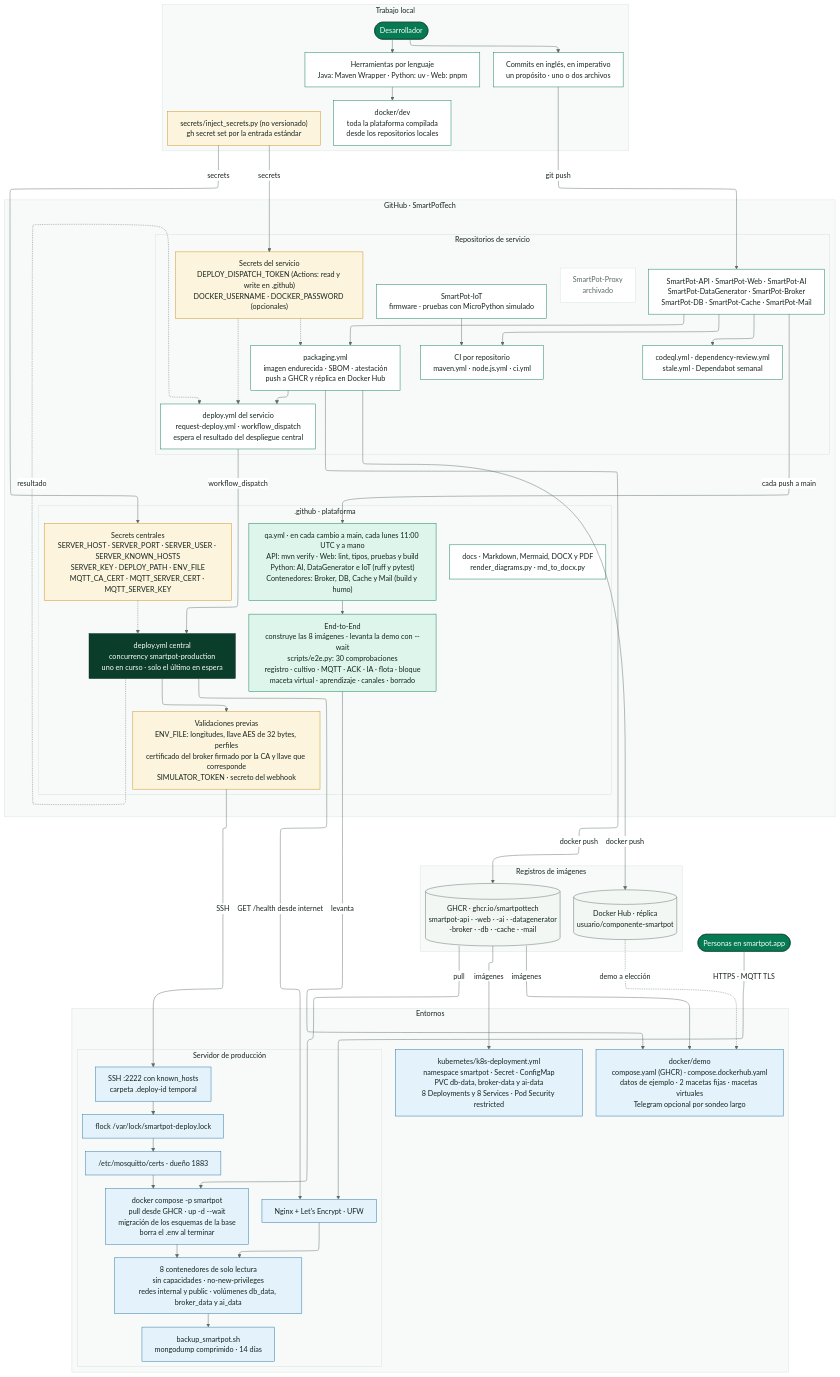
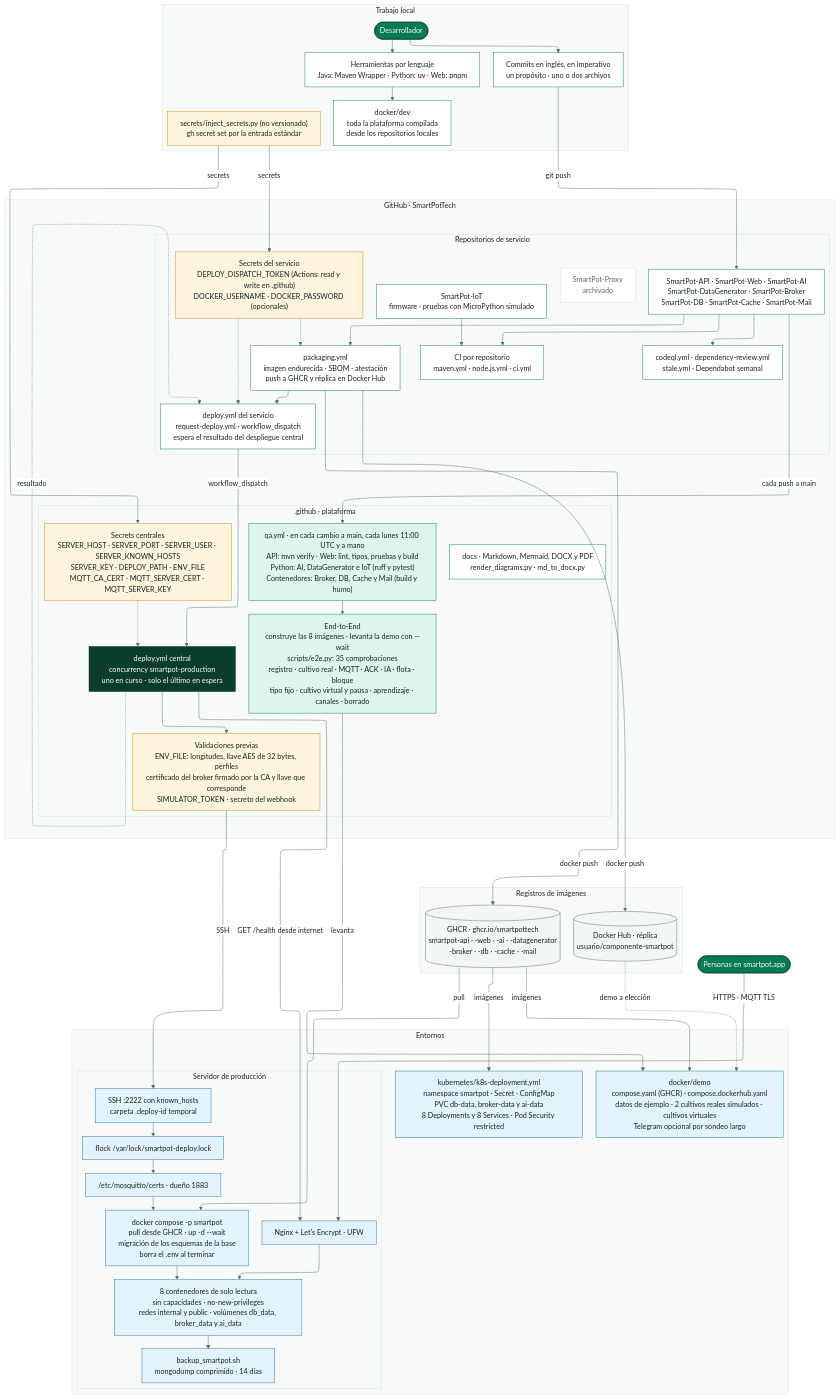
The diagram in docs/diagrams/SmartPot_Global_03_Delivery.mmd (SmartPotTech/.github), drawn with Mermaid before and after one commit.

Commit message:
Count the new end-to-end checks in the delivery diagram

```diff
--- a/docs/diagrams/SmartPot_Global_03_Delivery.mmd
+++ b/docs/diagrams/SmartPot_Global_03_Delivery.mmd
@@ -1,106 +1,106 @@
 %%{init: {"theme": "base", "fontFamily": "Segoe UI, Arial, sans-serif", "themeVariables": {"fontFamily": "Segoe UI, Arial, sans-serif", "fontSize": "16px", "primaryColor": "#DDF5EA", "primaryTextColor": "#17261F", "primaryBorderColor": "#067A52", "secondaryColor": "#E3F2FB", "secondaryTextColor": "#17261F", "secondaryBorderColor": "#1F6FA0", "tertiaryColor": "#F2F7F4", "tertiaryTextColor": "#17261F", "tertiaryBorderColor": "#D5E3DC", "lineColor": "#5B6B63", "textColor": "#17261F", "mainBkg": "#DDF5EA", "nodeBorder": "#067A52", "clusterBkg": "#F7FAF8", "clusterBorder": "#D5E3DC", "edgeLabelBackground": "#FFFFFF", "actorBkg": "#067A52", "actorBorder": "#0B3D2B", "actorTextColor": "#FFFFFF", "actorLineColor": "#5B6B63", "signalColor": "#17261F", "signalTextColor": "#17261F", "labelBoxBkgColor": "#0B3D2B", "labelBoxBorderColor": "#0B3D2B", "labelTextColor": "#FFFFFF", "loopTextColor": "#0B3D2B", "noteBkgColor": "#FDF4DD", "noteBorderColor": "#C98D12", "noteTextColor": "#17261F", "activationBkgColor": "#DDF5EA", "activationBorderColor": "#067A52", "attributeBackgroundColorOdd": "#FFFFFF", "attributeBackgroundColorEven": "#F2F7F4"}, "layout": "elk", "elk": {"nodePlacementStrategy": "BRANDES_KOEPF", "mergeEdges": false, "cycleBreakingStrategy": "GREEDY"}, "flowchart": {"useMaxWidth": false, "htmlLabels": true, "curve": "basis", "padding": 14, "nodeSpacing": 45, "rankSpacing": 80, "wrappingWidth": 360}}}%%
 flowchart TB
   subgraph local["Trabajo local"]
     direction TB
     dev(["Desarrollador"])
     tooling["Herramientas por lenguaje<br/>Java: Maven Wrapper · Python: uv · Web: pnpm"]
     devenv["docker/dev<br/>toda la plataforma compilada<br/>desde los repositorios locales"]
     commitrule["Commits en inglés, en imperativo<br/>un propósito · uno o dos archivos"]
     inject["secrets/inject_secrets.py (no versionado)<br/>gh secret set por la entrada estándar"]
     dev --> tooling --> devenv
     dev --> commitrule
   end
 
   subgraph org["GitHub · SmartPotTech"]
     direction TB
     subgraph services["Repositorios de servicio"]
       direction TB
       repos["SmartPot-API · SmartPot-Web · SmartPot-AI<br/>SmartPot-DataGenerator · SmartPot-Broker<br/>SmartPot-DB · SmartPot-Cache · SmartPot-Mail"]
       iot["SmartPot-IoT<br/>firmware · pruebas con MicroPython simulado"]
       proxy["SmartPot-Proxy<br/>archivado"]
       ci["CI por repositorio<br/>maven.yml · node.js.yml · ci.yml"]
       codeql["codeql.yml · dependency-review.yml<br/>stale.yml · Dependabot semanal"]
       packaging["packaging.yml<br/>imagen endurecida · SBOM · atestación<br/>push a GHCR y réplica en Docker Hub"]
       request["deploy.yml del servicio<br/>request-deploy.yml · workflow_dispatch<br/>espera el resultado del despliegue central"]
       svcsecrets["Secrets del servicio<br/>DEPLOY_DISPATCH_TOKEN (Actions: read y write en .github)<br/>DOCKER_USERNAME · DOCKER_PASSWORD (opcionales)"]
       repos --> ci
       repos --> codeql
       repos --> packaging --> request
       svcsecrets -.-> packaging & request
       iot --> ci
     end
 
     subgraph central[".github · plataforma"]
       direction TB
       qa["qa.yml · en cada cambio a main, cada lunes 11:00 UTC y a mano<br/>API: mvn verify · Web: lint, tipos, pruebas y build<br/>Python: AI, DataGenerator e IoT (ruff y pytest)<br/>Contenedores: Broker, DB, Cache y Mail (build y humo)"]
-      e2e["End-to-End<br/>construye las 8 imágenes · levanta la demo con --wait<br/>scripts/e2e.py: 30 comprobaciones<br/>registro · cultivo · MQTT · ACK · IA · flota · bloque<br/>maceta virtual · aprendizaje · canales · borrado"]
+      e2e["End-to-End<br/>construye las 8 imágenes · levanta la demo con --wait<br/>scripts/e2e.py: 35 comprobaciones<br/>registro · cultivo real · MQTT · ACK · IA · flota · bloque<br/>tipo fijo · cultivo virtual y pausa · aprendizaje · canales · borrado"]
       deploy["deploy.yml central<br/>concurrency smartpot-production<br/>uno en curso · solo el último en espera"]
       validate["Validaciones previas<br/>ENV_FILE: longitudes, llave AES de 32 bytes, perfiles<br/>certificado del broker firmado por la CA y llave que corresponde<br/>SIMULATOR_TOKEN · secreto del webhook"]
       censecrets["Secrets centrales<br/>SERVER_HOST · SERVER_PORT · SERVER_USER · SERVER_KNOWN_HOSTS<br/>SERVER_KEY · DEPLOY_PATH · ENV_FILE<br/>MQTT_CA_CERT · MQTT_SERVER_CERT · MQTT_SERVER_KEY"]
       docs["docs · Markdown, Mermaid, DOCX y PDF<br/>render_diagrams.py · md_to_docx.py"]
       qa --> e2e
       censecrets -.-> deploy
       deploy --> validate
     end
   end
 
   subgraph registries["Registros de imágenes"]
     direction TB
     ghcr[("GHCR · ghcr.io/smartpottech<br/>smartpot-api · -web · -ai · -datagenerator<br/>-broker · -db · -cache · -mail")]
     hub[("Docker Hub · réplica<br/>usuario/componente-smartpot")]
   end
 
   subgraph environments["Entornos"]
     direction TB
-    demo["docker/demo<br/>compose.yaml (GHCR) · compose.dockerhub.yaml<br/>datos de ejemplo · 2 macetas fijas · macetas virtuales<br/>Telegram opcional por sondeo largo"]
+    demo["docker/demo<br/>compose.yaml (GHCR) · compose.dockerhub.yaml<br/>datos de ejemplo · 2 cultivos reales simulados · cultivos virtuales<br/>Telegram opcional por sondeo largo"]
     k8s["kubernetes/k8s-deployment.yml<br/>namespace smartpot · Secret · ConfigMap<br/>PVC db-data, broker-data y ai-data<br/>8 Deployments y 8 Services · Pod Security restricted"]
     subgraph server["Servidor de producción"]
       direction TB
       ssh["SSH :2222 con known_hosts<br/>carpeta .deploy-id temporal"]
       lock["flock /var/lock/smartpot-deploy.lock"]
       certs["/etc/mosquitto/certs · dueño 1883"]
       compose["docker compose -p smartpot<br/>pull desde GHCR · up -d --wait<br/>migración de los esquemas de la base<br/>borra el .env al terminar"]
       runtime["8 contenedores de solo lectura<br/>sin capacidades · no-new-privileges<br/>redes internal y public · volúmenes db_data, broker_data y ai_data"]
       nginx["Nginx + Let's Encrypt · UFW"]
       backup["backup_smartpot.sh<br/>mongodump comprimido · 14 días"]
       ssh --> lock --> certs --> compose --> runtime
       nginx --> runtime
       runtime --> backup
     end
   end
 
   users(["Personas en smartpot.app"])
 
   commitrule -->|"git push"| repos
   inject -->|"secrets"| svcsecrets & censecrets
   repos -->|"cada push a main"| qa
   packaging -->|"docker push"| ghcr & hub
   request -->|"workflow_dispatch"| deploy
   deploy -.->|"resultado"| request
   validate -->|"SSH"| ssh
   ghcr -->|"pull"| compose
   ghcr -->|"imágenes"| demo & k8s
   hub -.->|"demo a elección"| demo
   e2e -->|"levanta"| demo
   deploy -->|"GET /health desde internet"| nginx
   users -->|"HTTPS · MQTT TLS"| nginx
 
   classDef person fill:#067A52,stroke:#0B3D2B,color:#FFFFFF
   classDef device fill:#FBE9E1,stroke:#B85A38,color:#17261F
   classDef edge fill:#E3F2FB,stroke:#1F6FA0,color:#17261F
   classDef web fill:#DDF5EA,stroke:#067A52,color:#17261F
   classDef core fill:#0B3D2B,stroke:#06281C,color:#FFFFFF
   classDef module fill:#FFFFFF,stroke:#067A52,color:#17261F
   classDef ai fill:#EEF7FC,stroke:#1F6FA0,color:#17261F
   classDef store fill:#F2F7F4,stroke:#5B6B63,color:#17261F
   classDef ext fill:#FDF4DD,stroke:#C98D12,color:#17261F
   classDef warn fill:#FBE3E3,stroke:#D64545,color:#17261F
   classDef note fill:#FFFFFF,stroke:#D5E3DC,color:#5B6B63
   class dev,users person
   class tooling,devenv,commitrule,repos,iot,ci,codeql,packaging,request,docs module
   class proxy note
   class inject,svcsecrets,censecrets,validate ext
   class qa,e2e web
   class deploy core
   class ghcr,hub store
   class demo,k8s,ssh,lock,certs,compose,runtime,nginx,backup edge
```
